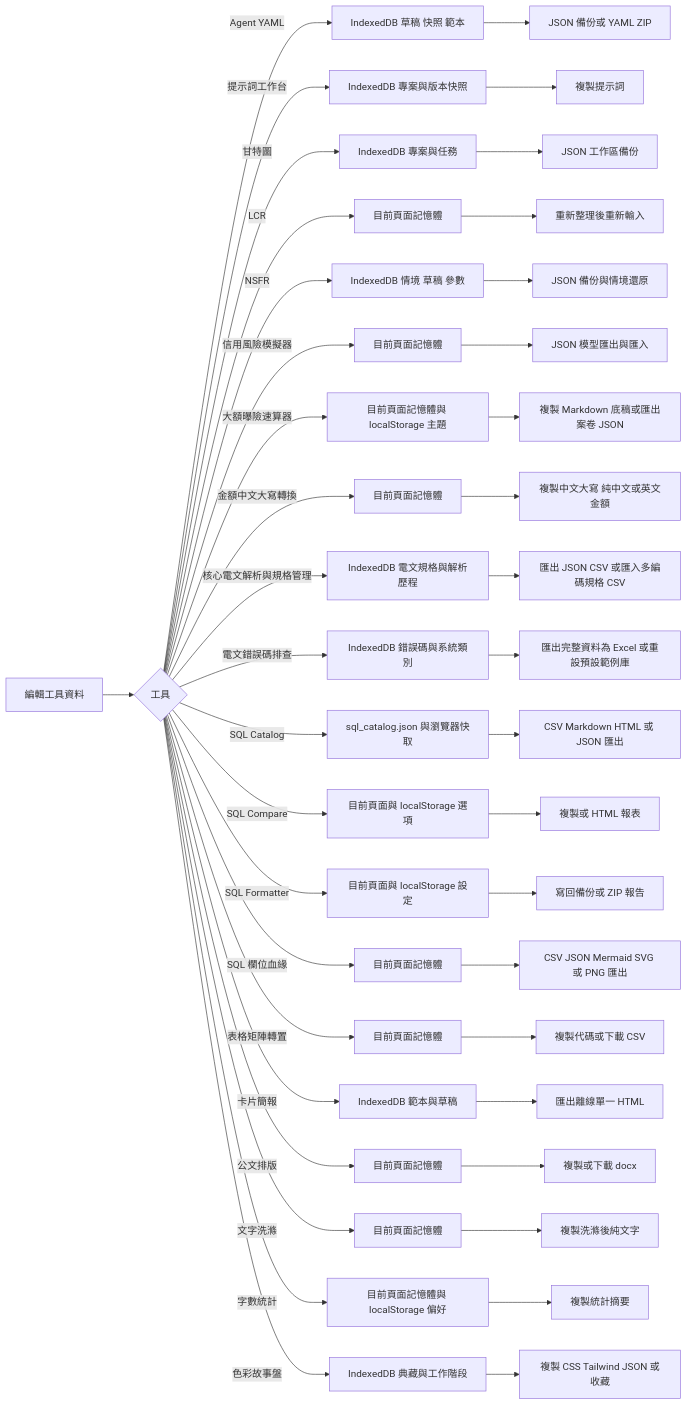
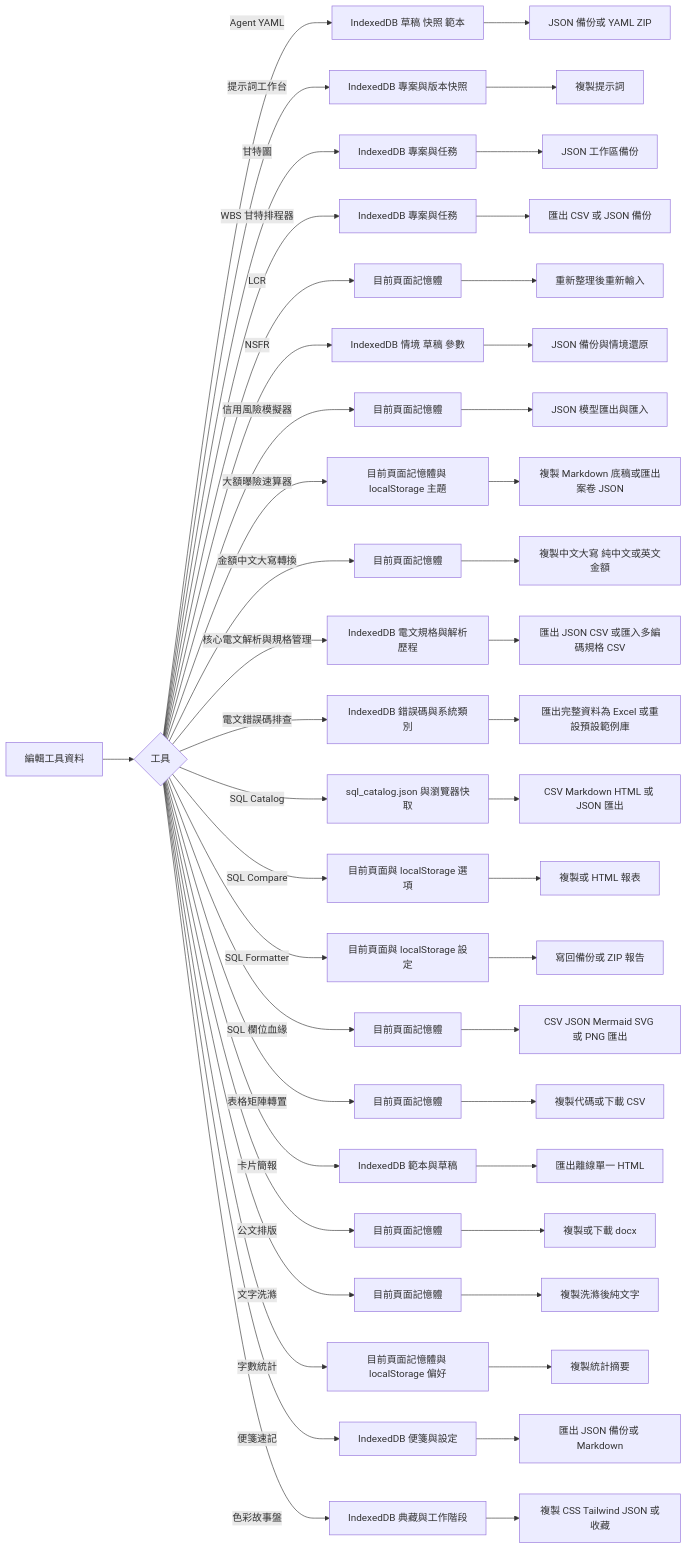
Before and after one commit to DunkLiao/my-spa-tools: diagram 25 of 25 in README.md, drawn with Mermaid. The commit also changed other lines of this file and 4 other files, not shown here.

First line of the commit message:
Add WBS Gantt scheduler and Offline Scratchpad tools

````diff
--- a/README.md
+++ b/README.md
@@ -1178,44 +1277,48 @@
 ```mermaid
 flowchart LR
     A[編輯工具資料] --> B{工具}
     B -->|Agent YAML| C[IndexedDB 草稿 快照 範本]
     B -->|提示詞工作台| AE[IndexedDB 專案與版本快照]
     B -->|甘特圖| D[IndexedDB 專案與任務]
+    B -->|WBS 甘特排程器| WG[IndexedDB 專案與任務]
     B -->|LCR| E[目前頁面記憶體]
     B -->|NSFR| K[IndexedDB 情境 草稿 參數]
     B -->|信用風險模擬器| U[目前頁面記憶體]
     B -->|大額曝險速算器| AK[目前頁面記憶體與 localStorage 主題]
     B -->|金額中文大寫轉換| MU[目前頁面記憶體]
     B -->|核心電文解析與規格管理| AT[IndexedDB 電文規格與解析歷程]
     B -->|電文錯誤碼排查| AZ[IndexedDB 錯誤碼與系統類別]
     B -->|SQL Catalog| I[sql_catalog.json 與瀏覽器快取]
     B -->|SQL Compare| M[目前頁面與 localStorage 選項]
     B -->|SQL Formatter| N[目前頁面與 localStorage 設定]
     B -->|SQL 欄位血緣| R[目前頁面記憶體]
     B -->|表格矩陣轉置| AG[目前頁面記憶體]
     B -->|卡片簡報| W[IndexedDB 範本與草稿]
     B -->|公文排版| Y[目前頁面記憶體]
     B -->|文字洗滌| AC[目前頁面記憶體]
     B -->|字數統計| WB[目前頁面記憶體與 localStorage 偏好]
+    B -->|便箋速記| SP[IndexedDB 便箋與設定]
     B -->|色彩故事盤| AA[IndexedDB 典藏與工作階段]
     C --> F[JSON 備份或 YAML ZIP]
     D --> G[JSON 工作區備份]
+    WG --> WJ[匯出 CSV 或 JSON 備份]
     E --> H[重新整理後重新輸入]
     K --> L[JSON 備份與情境還原]
     U --> V[JSON 模型匯出與匯入]
     AK --> AN[複製 Markdown 底稿或匯出案卷 JSON]
     MU --> MV[複製中文大寫 純中文或英文金額]
     AT --> AY[匯出 JSON CSV 或匯入多編碼規格 CSV]
     AZ --> BA[匯出完整資料為 Excel 或重設預設範例庫]
     I --> J[CSV Markdown HTML 或 JSON 匯出]
     M --> O[複製或 HTML 報表]
     N --> P[寫回備份或 ZIP 報告]
     R --> S[CSV JSON Mermaid SVG 或 PNG 匯出]
     AG --> AH[複製代碼或下載 CSV]
     W --> X[匯出離線單一 HTML]
     Y --> Z[複製或下載 docx]
     AC --> AD[複製洗滌後純文字]
     WB --> WE[複製統計摘要]
+    SP --> SR[匯出 JSON 備份或 Markdown]
     AA --> AB[複製 CSS Tailwind JSON 或收藏]
     AE --> AF[複製提示詞]
 ```
````
